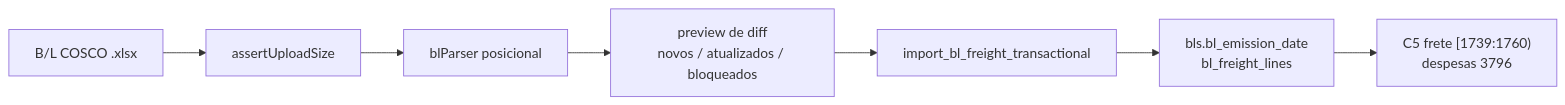
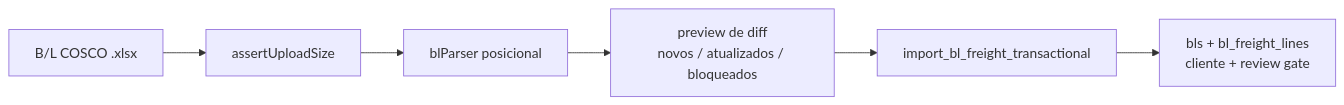
Before and after one commit to luccafwlog/transhippingdesk: the diagram in docs/modules/manifesto-edi.md, drawn with Mermaid. The commit also changed other lines of this file and 37 other files, not shown here.

````diff
--- a/docs/modules/manifesto-edi.md
+++ b/docs/modules/manifesto-edi.md
@@ -173,9 +153,8 @@
 ```mermaid
 flowchart LR
     BLFile["B/L COSCO .xlsx"] --> BLGuard["assertUploadSize"]
     BLGuard --> BLParser["blParser posicional"]
     BLParser --> BLDiff["preview de diff<br/>novos / atualizados / bloqueados"]
     BLDiff --> BLRPC["import_bl_freight_transactional"]
-    BLRPC --> BLData["bls.bl_emission_date<br/>bl_freight_lines"]
-    BLData --> EDI["C5 frete [1739:1760)<br/>despesas 3796"]
+    BLRPC --> BLData["bls + bl_freight_lines<br/>cliente + review gate"]
 ```
````
